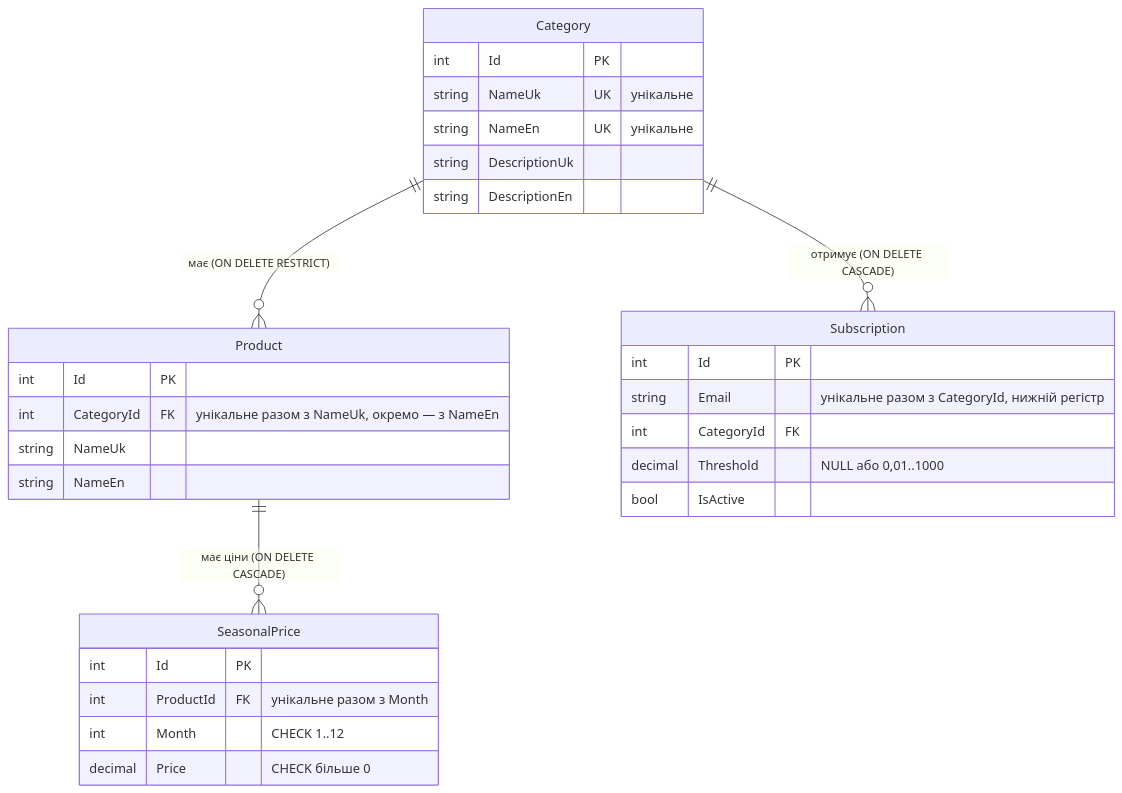
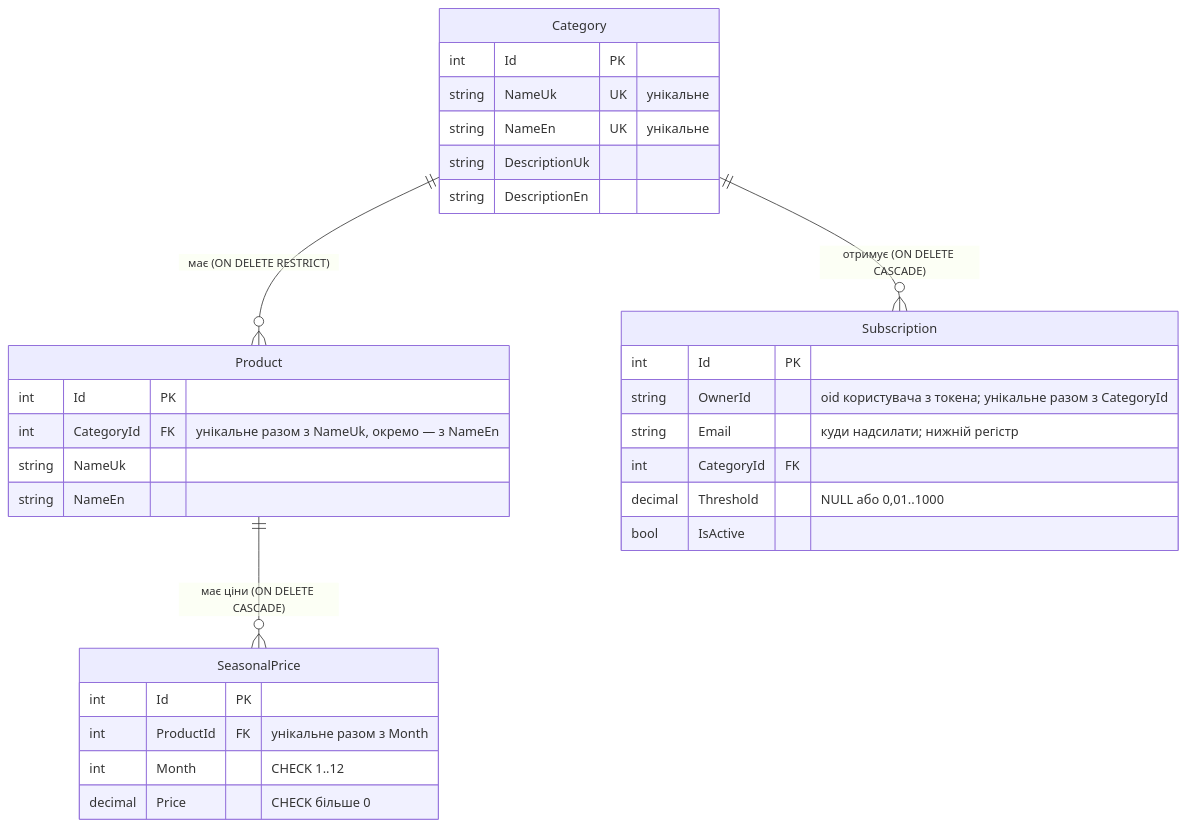
One commit to Maksumm/Programing_Web_Comand_Project_BrokeBoys changed the diagram in docs/er-diagram.md. Above: the diagram before and after it, drawn with Mermaid. The commit also changed other lines of this file and 58 other files, not shown here.

````diff
--- a/docs/er-diagram.md
+++ b/docs/er-diagram.md
@@ -15,33 +15,34 @@
 ```mermaid
 erDiagram
     Category ||--o{ Product : "має (ON DELETE RESTRICT)"
     Product ||--o{ SeasonalPrice : "має ціни (ON DELETE CASCADE)"
     Category ||--o{ Subscription : "отримує (ON DELETE CASCADE)"
 
     Category {
         int Id PK
         string NameUk UK "унікальне"
         string NameEn UK "унікальне"
         string DescriptionUk
         string DescriptionEn
     }
     Product {
         int Id PK
         int CategoryId FK "унікальне разом з NameUk, окремо — з NameEn"
         string NameUk
         string NameEn
     }
     SeasonalPrice {
         int Id PK
         int ProductId FK "унікальне разом з Month"
         int Month "CHECK 1..12"
         decimal Price "CHECK більше 0"
     }
     Subscription {
         int Id PK
-        string Email "унікальне разом з CategoryId, нижній регістр"
+        string OwnerId "oid користувача з токена; унікальне разом з CategoryId"
+        string Email "куди надсилати; нижній регістр"
         int CategoryId FK
         decimal Threshold "NULL або 0,01..1000"
         bool IsActive
     }
 ```
````
